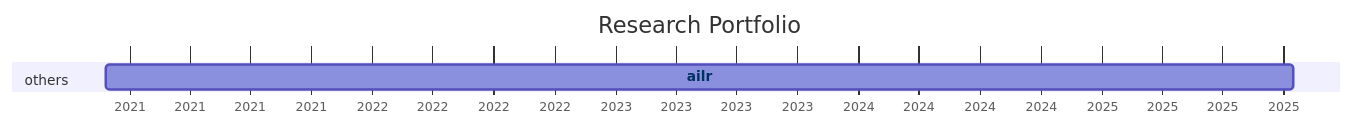
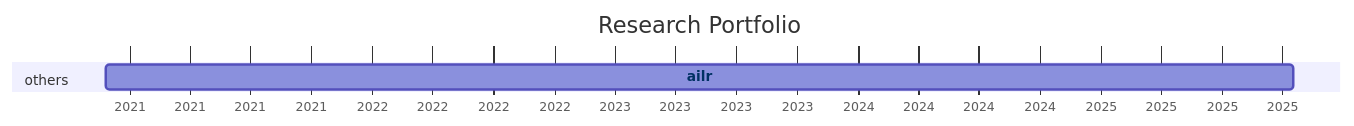
One commit to digital-work-lab/handbook changed the diagram in docs/20-research/25-projects-gantt.md. Above: the diagram before and after it, drawn with Mermaid.

Commit message:
Update repository overview

````diff
--- a/docs/20-research/25-projects-gantt.md
+++ b/docs/20-research/25-projects-gantt.md
@@ -8,21 +8,21 @@
 ```mermaid
 ---
 displayMode: compact
 ---
 gantt
 title Research Portfolio
 dateFormat YYYY-MM-DD
 axisFormat %Y
 
     section work_practices
 
     section distributed_organizing
 
     section knowledge_synthesis
 
     section others
-        ailr :ailr, 2020-11-26, 2025-10-16
+        ailr :ailr, 2020-11-26, 2025-10-17
 
 
     click ailr href "{{ site.baseurl }}/docs/10-lab/18-resources/ailr.html"
 ```
````
